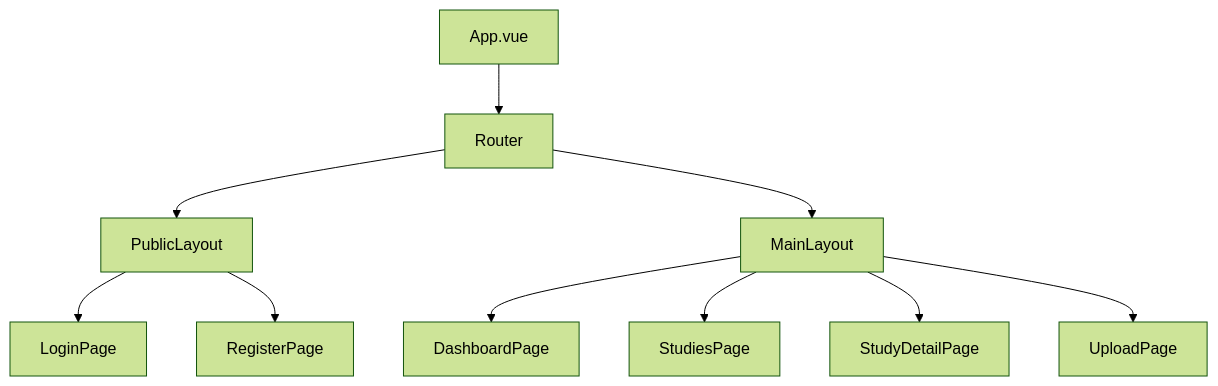
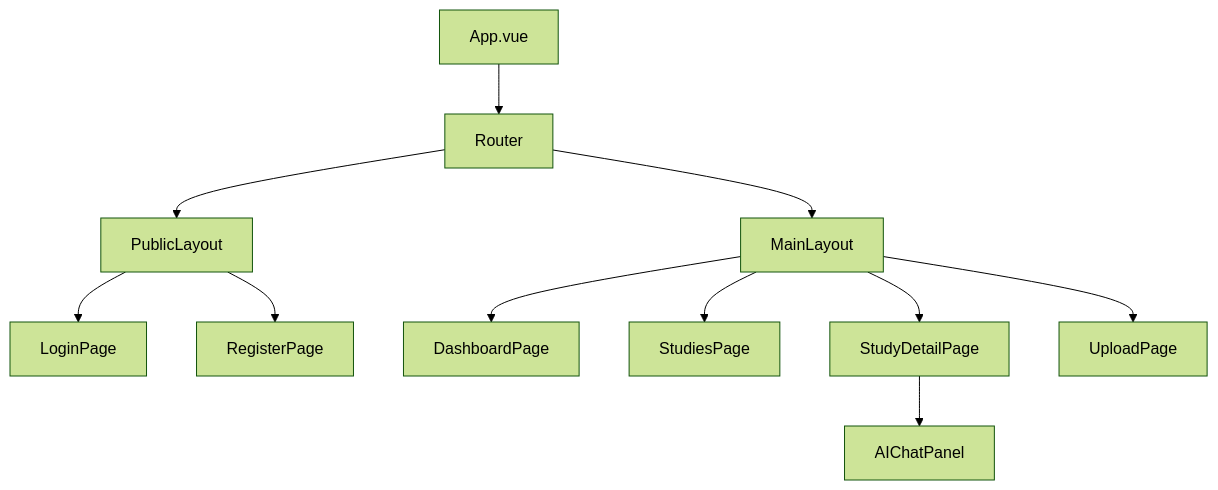
One commit to xingranya/CervixDetectAI changed the first of 4 diagrams in wiki/前端架构/前端架构.md. Above: the diagram before and after it, drawn with Mermaid (forest theme). The commit also changed other lines of this file and 9 other files, not shown here.

````diff
--- a/wiki/前端架构/前端架构.md
+++ b/wiki/前端架构/前端架构.md
@@ -65,12 +69,13 @@
 ```mermaid
 graph TD
 A[App.vue] --> B[Router]
 B --> C[PublicLayout]
 B --> D[MainLayout]
 C --> E[LoginPage]
 C --> F[RegisterPage]
 D --> G[DashboardPage]
 D --> H[StudiesPage]
 D --> I[StudyDetailPage]
 D --> J[UploadPage]
+I --> K[AIChatPanel]
 ```
````
